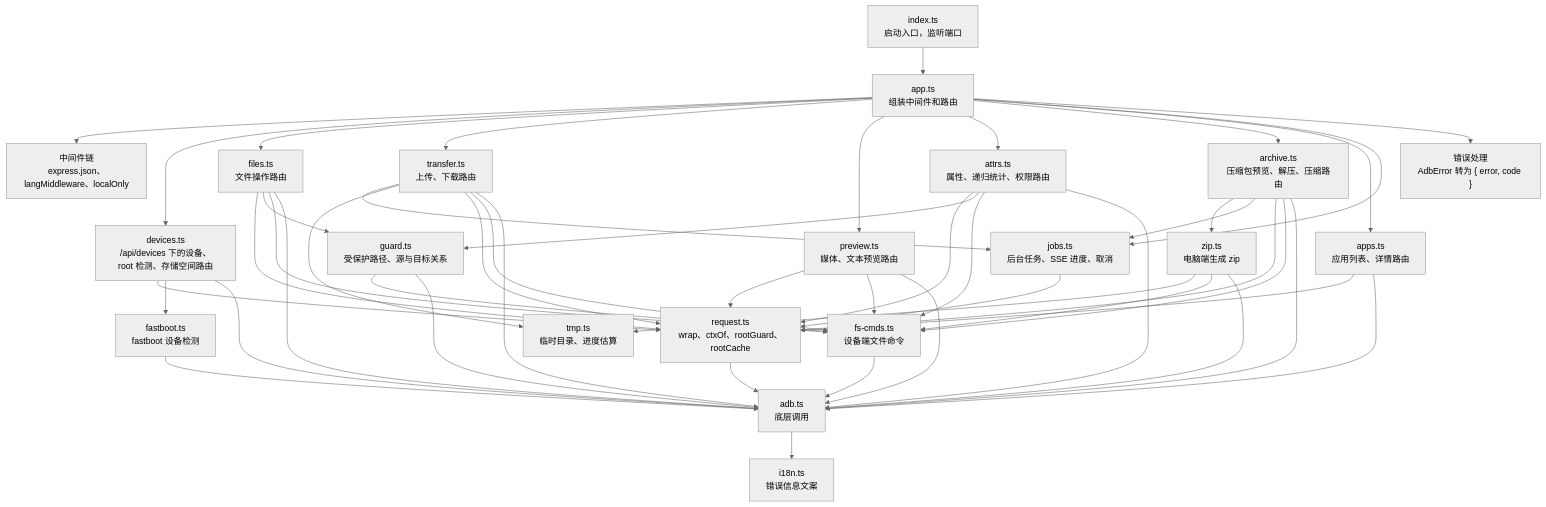
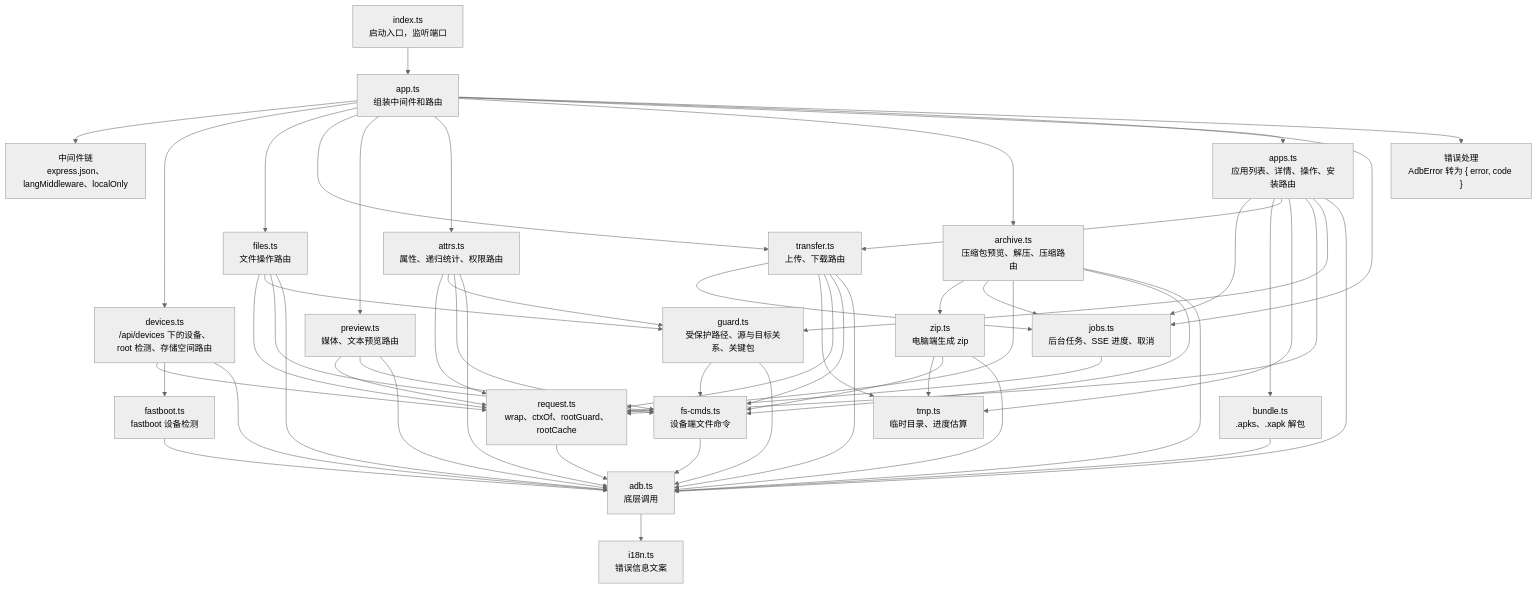
One commit to wynnyu/adb-file-manager changed the third of 13 diagrams in docs/architecture.md. Above: the diagram before and after it, drawn with Mermaid (neutral theme). The commit also changed other lines of this file and 4 other files, not shown here.

````diff
--- a/docs/architecture.md
+++ b/docs/architecture.md
@@ -68,24 +68,26 @@
 ```mermaid
 flowchart TB
   index["index.ts<br/>启动入口，监听端口"] --> app["app.ts<br/>组装中间件和路由"]
   app --> mw["中间件链<br/>express.json、langMiddleware、localOnly"]
   app --> devices["devices.ts<br/>/api/devices 下的设备、root 检测、存储空间路由"]
   app --> files["files.ts<br/>文件操作路由"]
   app --> transfer["transfer.ts<br/>上传、下载路由"]
   app --> preview["preview.ts<br/>媒体、文本预览路由"]
   app --> attrs["attrs.ts<br/>属性、递归统计、权限路由"]
   app --> archive["archive.ts<br/>压缩包预览、解压、压缩路由"]
-  app --> apps["apps.ts<br/>应用列表、详情路由"]
+  app --> apps["apps.ts<br/>应用列表、详情、操作、安装路由"]
   app --> jobs["jobs.ts<br/>后台任务、SSE 进度、取消"]
   archive --> zip["zip.ts<br/>电脑端生成 zip"]
-  archive & transfer --> jobs
-  zip & transfer --> tmp["tmp.ts<br/>临时目录、进度估算"]
+  archive & transfer & apps --> jobs
+  apps --> bundle["bundle.ts<br/>.apks、.xapk 解包"]
+  apps --> transfer
+  zip & transfer & apps --> tmp["tmp.ts<br/>临时目录、进度估算"]
   app --> errh["错误处理<br/>AdbError 转为 { error, code }"]
   files & transfer & preview & attrs & archive & devices & jobs & apps --> request["request.ts<br/>wrap、ctxOf、rootGuard、rootCache"]
-  files & attrs --> guard["guard.ts<br/>受保护路径、源与目标关系"]
+  files & attrs & apps --> guard["guard.ts<br/>受保护路径、源与目标关系、关键包"]
   files & transfer & preview & attrs & archive & zip & guard --> fscmds["fs-cmds.ts<br/>设备端文件命令"]
   devices --> fastboot["fastboot.ts<br/>fastboot 设备检测"]
   fastboot --> adb
-  fscmds & devices & request & guard & files & transfer & preview & attrs & archive & zip & apps --> adb["adb.ts<br/>底层调用"]
+  fscmds & devices & request & guard & files & transfer & preview & attrs & archive & zip & apps & bundle --> adb["adb.ts<br/>底层调用"]
   adb --> i18n["i18n.ts<br/>错误信息文案"]
 ```
````
